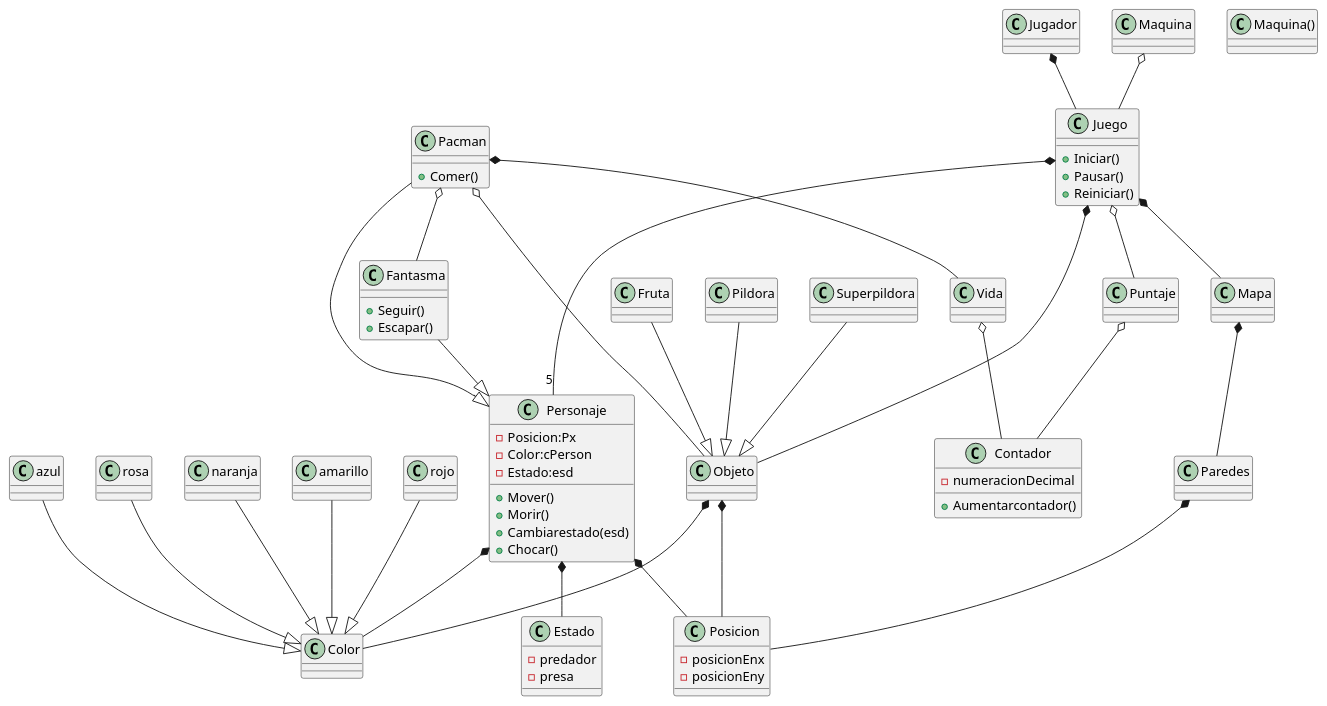
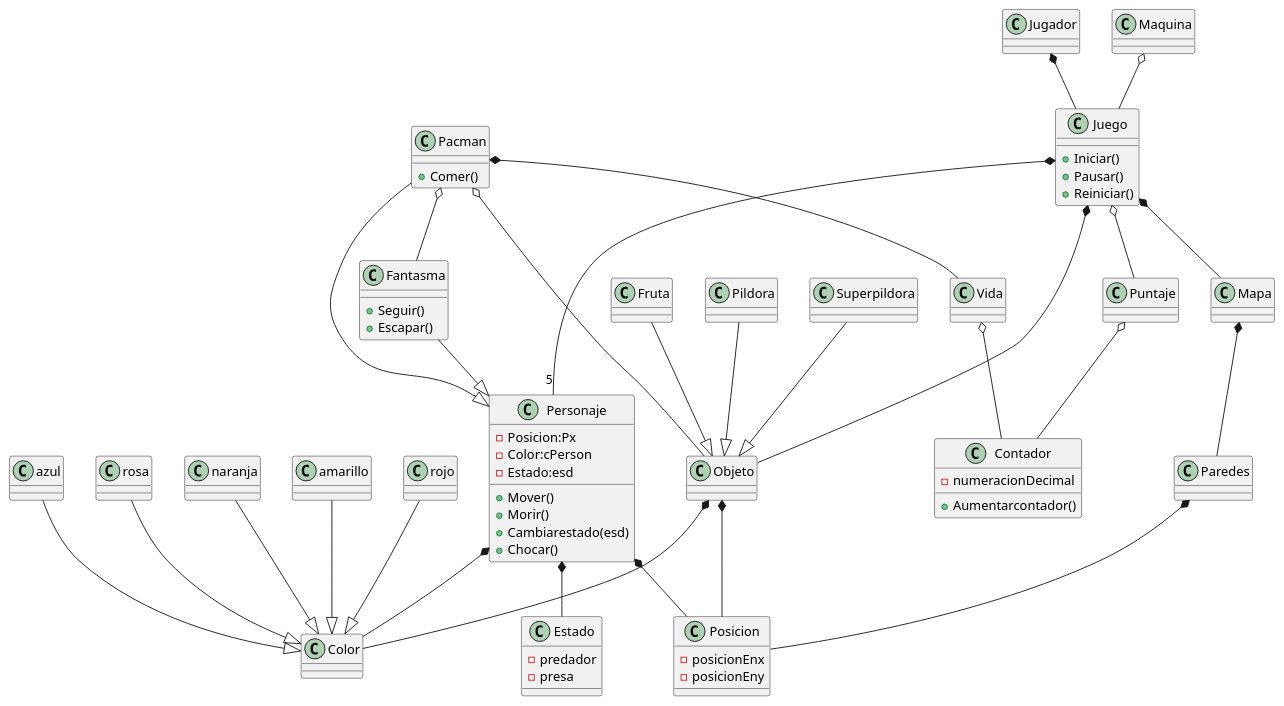
The diagram in docs/diagrama.puml (CEOdelceks/Pacman), drawn with PlantUML before and after one commit. The commit also changed 4 other files, not shown here.

```diff
--- a/docs/diagrama.puml
+++ b/docs/diagrama.puml
@@ -1,81 +1,81 @@
 @startuml Pacman
 class Juego {
 +Iniciar()
 +Pausar()
 +Reiniciar()
 }
 class Color{}
 class amarillo{}
 class rojo{}
 class azul{}
 class rosa{}
 class naranja{}
 class Personaje{
 +Mover()
 +Morir()
 +Cambiarestado(esd)
 +Chocar()
 -Posicion:Px
 -Color:cPerson
 -Estado:esd
 }
 class Fantasma{
 +Seguir()
 +Escapar()
 }
 class Pacman{
 +Comer()
 }
 class Contador{
 +Aumentarcontador()
 -numeracionDecimal
 }
 class Puntaje{}
 class Vida{}
 class Objeto{}
 class Pildora{}
 class Superpildora{}
 class Fruta{}
 class Mapa{}
 class Paredes {
 }
 class Posicion{
 -posicionEnx
 -posicionEny
 }
 class Estado{
 -predador
 -presa
 }
 class Jugador{}
-class Maquina()
+class Maquina
 Juego o--Puntaje
 Juego *-- Mapa
 Mapa *-- Paredes
 Juego  *-- "5" Personaje 
 Juego *--Objeto
 Puntaje o--Contador
 Vida o--Contador
 Objeto *--Color
 Personaje *--Color
 Pacman --|>Personaje
 Pacman o--Objeto
 Pacman o--Fantasma
 Pacman *--Vida
 Pildora --|>Objeto
 Fruta--|>Objeto
 Superpildora--|>Objeto
 Fantasma --|>Personaje
 Personaje *-- Posicion
 Paredes *-- Posicion
 Objeto *-- Posicion
 Maquina o-- Juego
 Jugador *-- Juego
 amarillo --|> Color
 rojo --|> Color
 azul --|> Color
 rosa --|> Color
 naranja --|> Color
 Personaje *-- Estado
 
 @enduml
```
